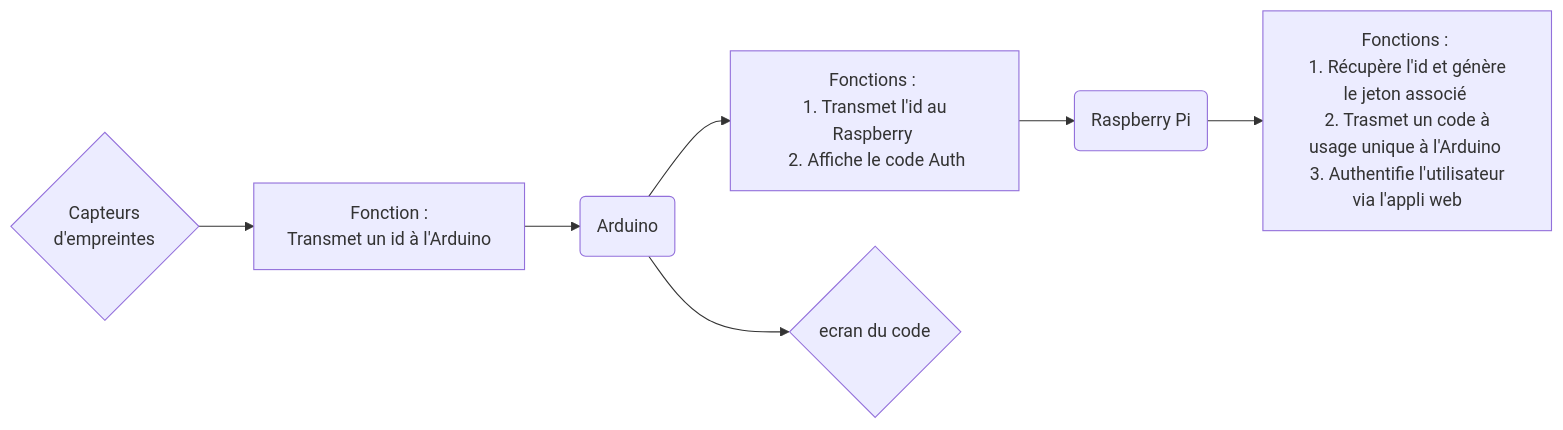
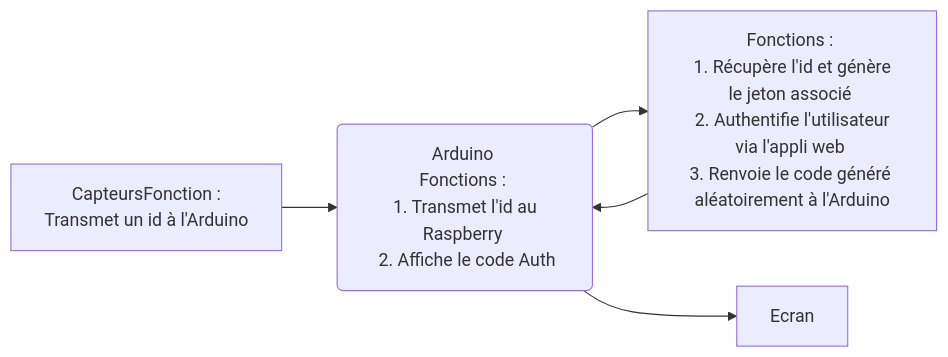
Before and after one commit to antoinefoucher1111-hub/BTS-CIEL---DRINK-MANAGER: the diagram in src/auth/securite/README_securite.md, drawn with Mermaid.

Commit message:
README_secu.md update

````diff
--- a/src/auth/securite/README_securite.md
+++ b/src/auth/securite/README_securite.md
@@ -19,10 +19,7 @@
 ```mermaid
 flowchart LR
-C{Capteurs<br> d'empreintes}-->F1[Fonction :<br> Transmet un id à l'Arduino]
-F1-->A(Arduino)
-A-->F2[Fonctions : <br> 1. Transmet l'id au Raspberry <br> 2. Affiche le code Auth]
-A-->Ecran{ecran du code}
-F2-->Rasp(Raspberry Pi)
-
-Rasp-->F3[Fonctions : <br> 1. Récupère l'id et génère le jeton associé <br> 2. Trasmet un code à usage unique à l'Arduino <br> 3. Authentifie l'utilisateur via l'appli web]
+C[CapteursFonction :<br> Transmet un id à l'Arduino]-->A(Arduino <br>Fonctions : <br> 1. Transmet l'id au Raspberry <br> 2. Affiche le code Auth)
+A-->Rasp[Fonctions : <br> 1. Récupère l'id et génère le jeton associé <br> 2. Authentifie l'utilisateur via l'appli web <br>3. Renvoie le code généré aléatoirement à l'Arduino]
+Rasp-->A
+A-->E[Ecran]
 ```
````
